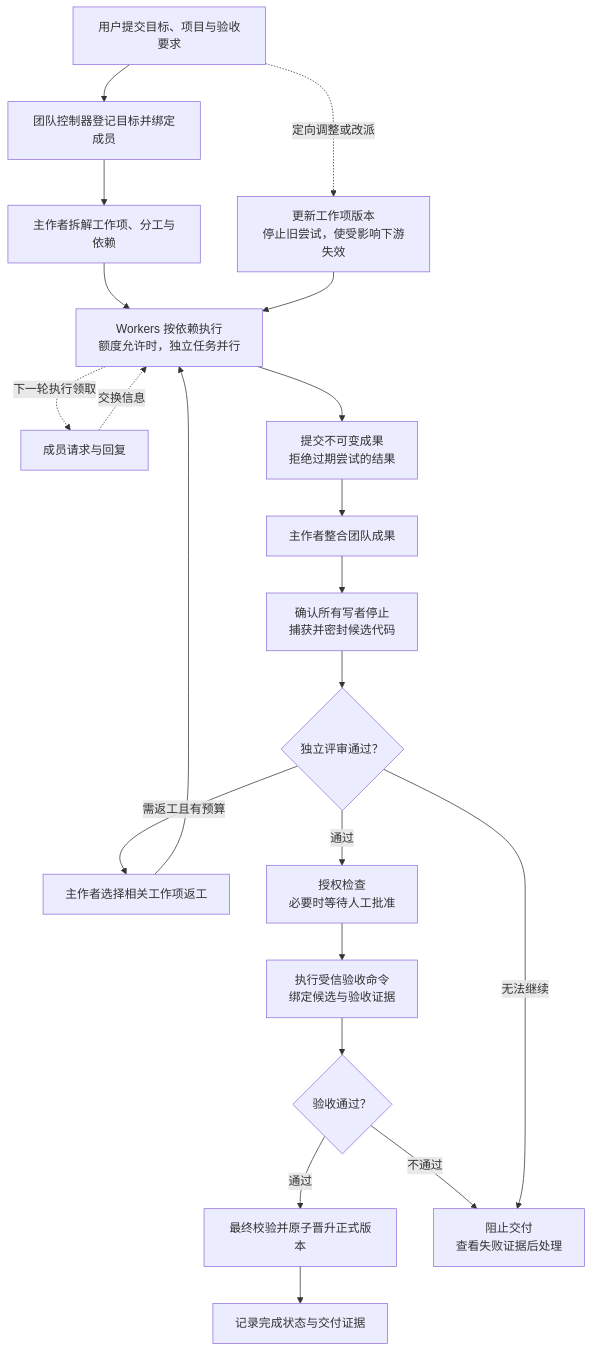
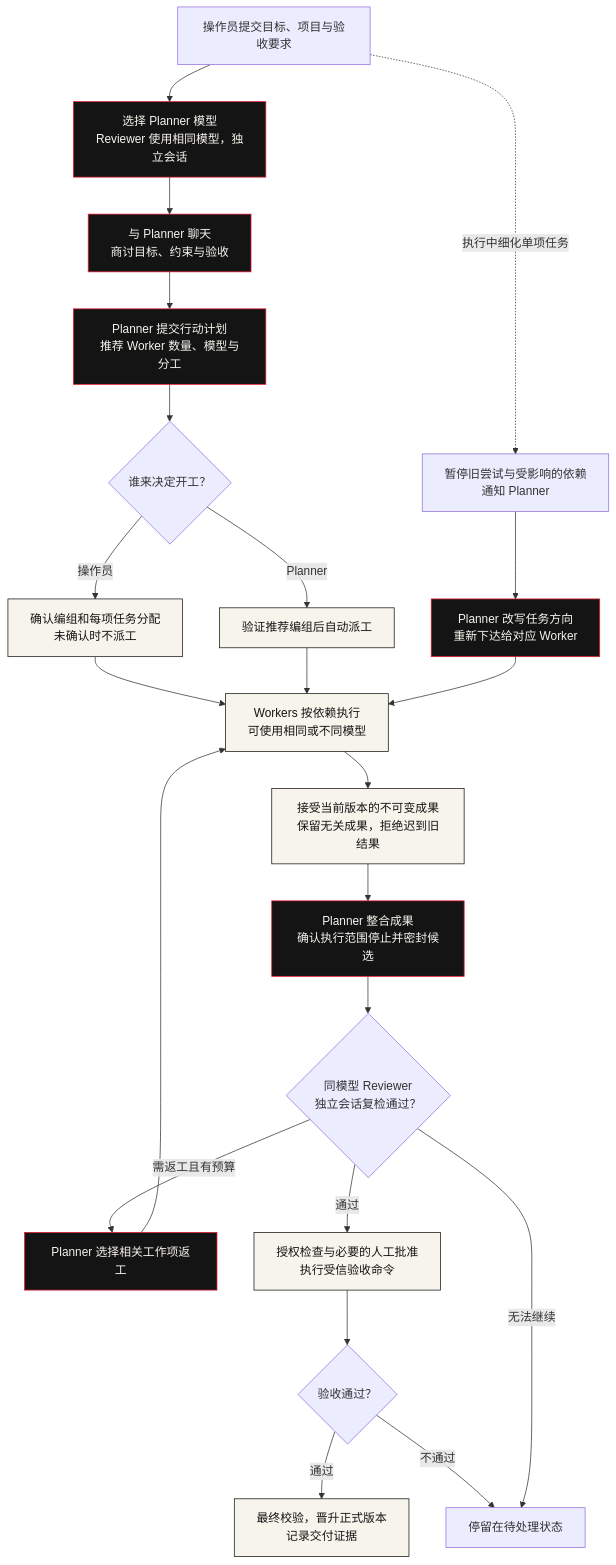
Before and after one commit to rejec-rot/agent-foundry-orchestrator: the first of 2 diagrams in README.md, drawn with Mermaid. The commit also changed other lines of this file and 33 other files, not shown here.

Commit message:
feat(team): add Planner chat, confirmed dispatch and guided rework

````diff
--- a/README.md
+++ b/README.md
@@ -17,23 +17,28 @@
 ```mermaid
 flowchart TD
-    USER["用户提交目标、项目与验收要求"] --> CONTROL["团队控制器登记目标并绑定成员"]
-    CONTROL --> LEAD["主作者拆解工作项、分工与依赖"]
-    LEAD --> WORK["Workers 按依赖执行<br/>额度允许时，独立任务并行"]
-    WORK -. "下一轮执行领取" .-> MESSAGE["成员请求与回复"]
-    MESSAGE -. "交换信息" .-> WORK
-    USER -. "定向调整或改派" .-> ADJUST["更新工作项版本<br/>停止旧尝试，使受影响下游失效"]
-    ADJUST --> WORK
-    WORK --> ARTIFACT["提交不可变成果<br/>拒绝过期尝试的结果"]
-    ARTIFACT --> INTEGRATE["主作者整合团队成果"]
-    INTEGRATE --> SEAL["确认所有写者停止<br/>捕获并密封候选代码"]
-    SEAL --> REVIEW{"独立评审通过？"}
-    REVIEW -- "需返工且有预算" --> FIX["主作者选择相关工作项返工"]
+    USER["操作员提交目标、项目与验收要求"] --> MODEL["选择 Planner 模型<br/>Reviewer 使用相同模型，独立会话"]
+    MODEL --> CHAT["与 Planner 聊天<br/>商讨目标、约束与验收"]
+    CHAT --> PLAN["Planner 提交行动计划<br/>推荐 Worker 数量、模型与分工"]
+    PLAN --> MODE{"谁来决定开工？"}
+    MODE -- "操作员" --> CONFIRM["确认编组和每项任务分配<br/>未确认时不派工"]
+    MODE -- "Planner" --> AUTO["验证推荐编组后自动派工"]
+    CONFIRM --> WORK["Workers 按依赖执行<br/>可使用相同或不同模型"]
+    AUTO --> WORK
+    USER -. "执行中细化单项任务" .-> HOLD["暂停旧尝试与受影响的依赖<br/>通知 Planner"]
+    HOLD --> CHANGE["Planner 改写任务方向<br/>重新下达给对应 Worker"]
+    CHANGE --> WORK
+    WORK --> ART["接受当前版本的不可变成果<br/>保留无关成果，拒绝迟到旧结果"]
+    ART --> INTEGRATE["Planner 整合成果<br/>确认执行范围停止并密封候选"]
+    INTEGRATE --> REVIEW{"同模型 Reviewer<br/>独立会话复检通过？"}
+    REVIEW -- "需返工且有预算" --> FIX["Planner 选择相关工作项返工"]
     FIX --> WORK
-    REVIEW -- "通过" --> AUTH["授权检查<br/>必要时等待人工批准"]
-    AUTH --> VERIFY["执行受信验收命令<br/>绑定候选与验收证据"]
-    VERIFY --> PASS{"验收通过？"}
-    PASS -- "通过" --> PROMOTE["最终校验并原子晋升正式版本"]
-    PROMOTE --> DONE["记录完成状态与交付证据"]
-    PASS -- "不通过" --> BLOCK["阻止交付<br/>查看失败证据后处理"]
+    REVIEW -- "通过" --> GATE["授权检查与必要的人工批准<br/>执行受信验收命令"]
+    GATE --> PASS{"验收通过？"}
+    PASS -- "通过" --> DONE["最终校验，晋升正式版本<br/>记录交付证据"]
+    PASS -- "不通过" --> BLOCK["停留在待处理状态"]
     REVIEW -- "无法继续" --> BLOCK
+    classDef planner fill:#141414,stroke:#e81932,color:#f7f4ec;
+    classDef action fill:#f7f4ec,stroke:#141414,color:#141414;
+    class MODEL,CHAT,PLAN,CHANGE,INTEGRATE,FIX planner;
+    class CONFIRM,AUTO,WORK,ART,GATE,DONE action;
 ```
````
